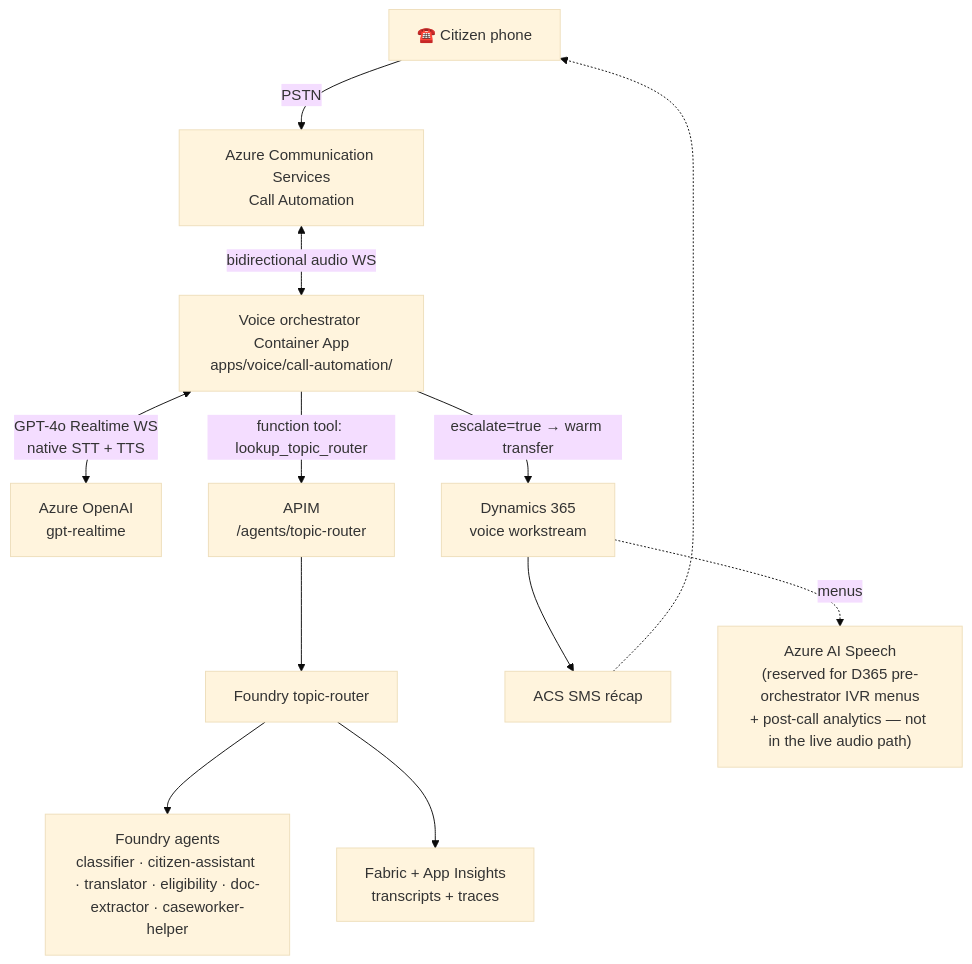
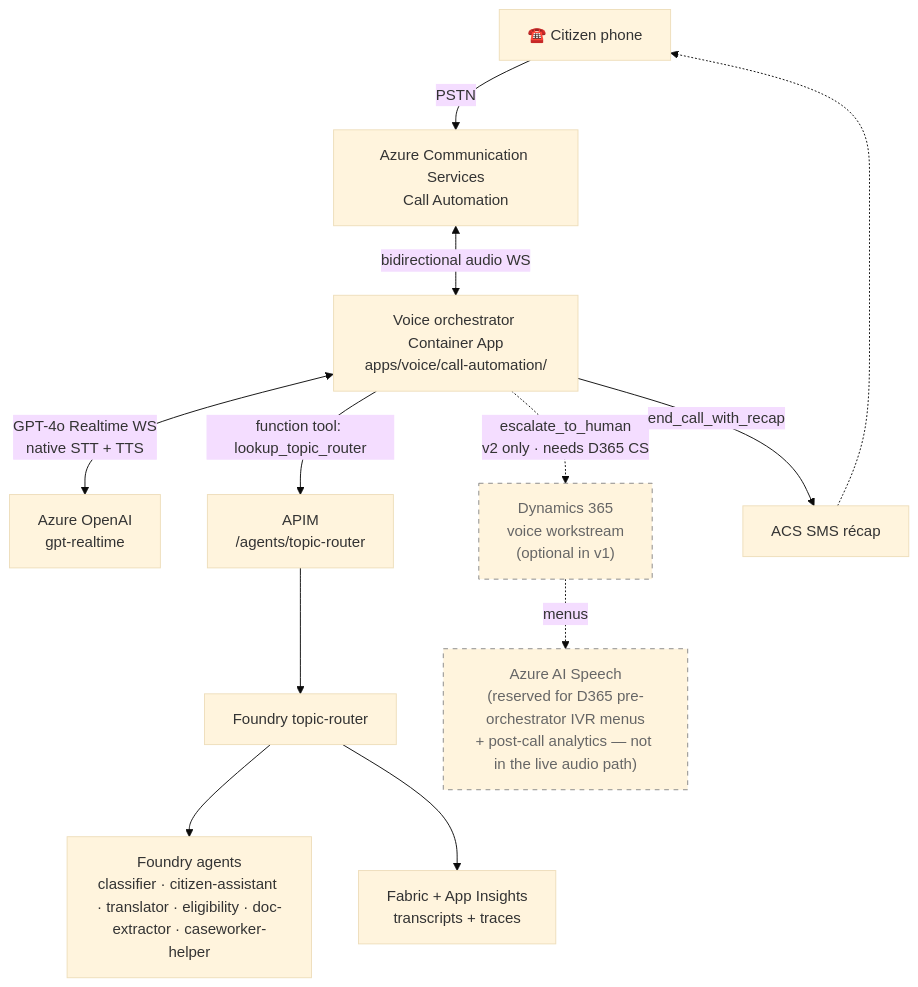
One commit to fredgis/UDCSP changed the first of 5 diagrams in docs/biz/voice.md. Above: the diagram before and after it, drawn with Mermaid (base theme). The commit also changed other lines of this file, not shown here.

First line of the commit message:
docs(voice): sync § 2 + § 3 diagrams with the no-handoff mode

````diff
--- a/docs/biz/voice.md
+++ b/docs/biz/voice.md
@@ -72,15 +72,17 @@
 ```mermaid
 flowchart TB
     PHONE["☎️ Citizen phone"] -->|PSTN| ACS["Azure Communication Services<br/>Call Automation"]
     ACS <-->|bidirectional audio WS| ORCH["Voice orchestrator Container App<br/>apps/voice/call-automation/"]
     ORCH <-->|GPT-4o Realtime WS<br/>native STT + TTS| GPTRT["Azure OpenAI<br/>gpt-realtime"]
     ORCH -->|function tool: lookup_topic_router| APIM["APIM<br/>/agents/topic-router"]
     APIM --> ROUTER["Foundry topic-router"]
     ROUTER --> FOUNDRY["Foundry agents<br/>classifier · citizen-assistant · translator · eligibility · doc-extractor · caseworker-helper"]
-    ORCH -->|escalate=true → warm transfer| D365["Dynamics 365<br/>voice workstream"]
+    ORCH -.->|escalate_to_human<br/>v2 only · needs D365 CS| D365["Dynamics 365<br/>voice workstream<br/>(optional in v1)"]
     ROUTER --> FABRIC["Fabric + App Insights<br/>transcripts + traces"]
-    D365 --> ACSOUT["ACS SMS récap"]
+    ORCH -->|end_call_with_recap| ACSOUT["ACS SMS récap"]
     ACSOUT -.-> PHONE
     SPEECH["Azure AI Speech<br/>(reserved for D365 pre-orchestrator IVR menus<br/>+ post-call analytics — not in the live audio path)"]
     D365 -. menus .-> SPEECH
+    classDef v2 stroke-dasharray:5 5,stroke:#888,color:#666
+    class D365,SPEECH v2
 ```
````
